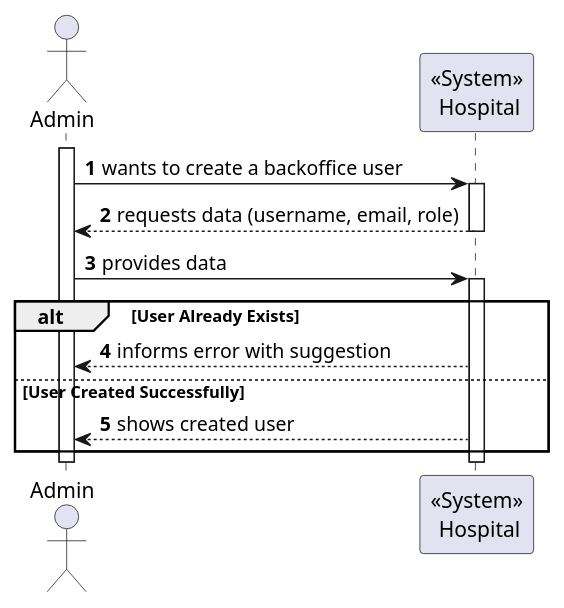
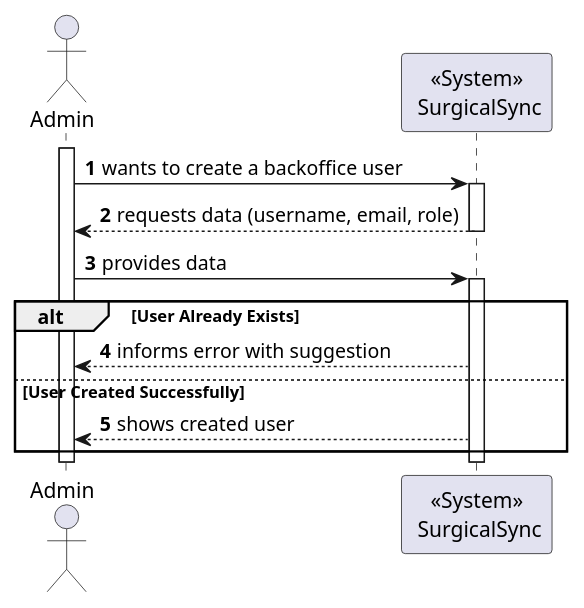
Before and after one commit to MiguelCardoso77/SurgicalSync-BackEnd: the diagram in docs/SprintA/1-register-backoffice-users/level1/process-view.puml, drawn with PlantUML. The commit also changed 6 other files, not shown here.

```diff
--- a/docs/SprintA/1-register-backoffice-users/level1/process-view.puml
+++ b/docs/SprintA/1-register-backoffice-users/level1/process-view.puml
@@ -1,25 +1,25 @@
 @startuml
 autonumber
 
 actor "Admin" as USER
-participant "<<System>>\n Hospital" as SYSTEM
+participant "<<System>>\n SurgicalSync" as SYSTEM
 
 activate USER
 
     USER -> SYSTEM: wants to create a backoffice user
     activate SYSTEM
 
         SYSTEM --> USER : requests data (username, email, role)
     deactivate SYSTEM
         
     USER -> SYSTEM : provides data
     activate SYSTEM
         alt User Already Exists
            USER <-- SYSTEM : informs error with suggestion
         else User Created Successfully
            USER <-- SYSTEM : shows created user
         end
     deactivate SYSTEM
     
 deactivate USER
 @enduml
```
